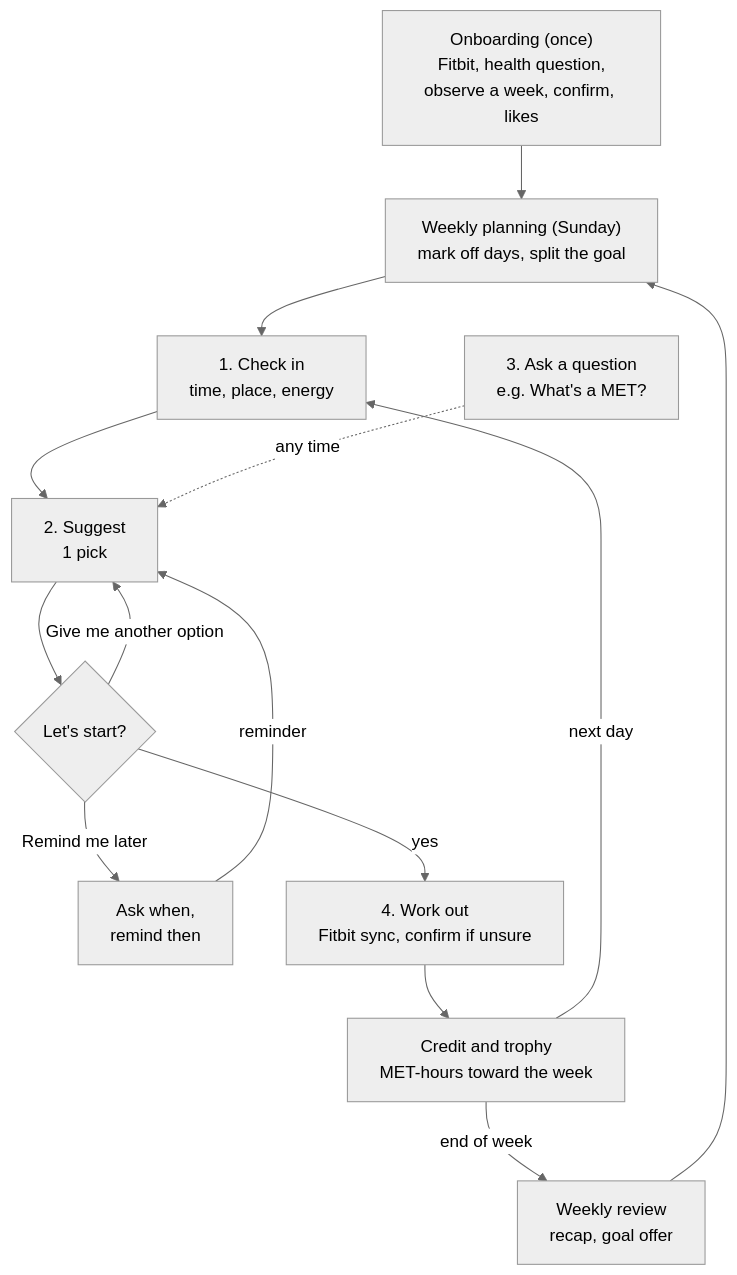
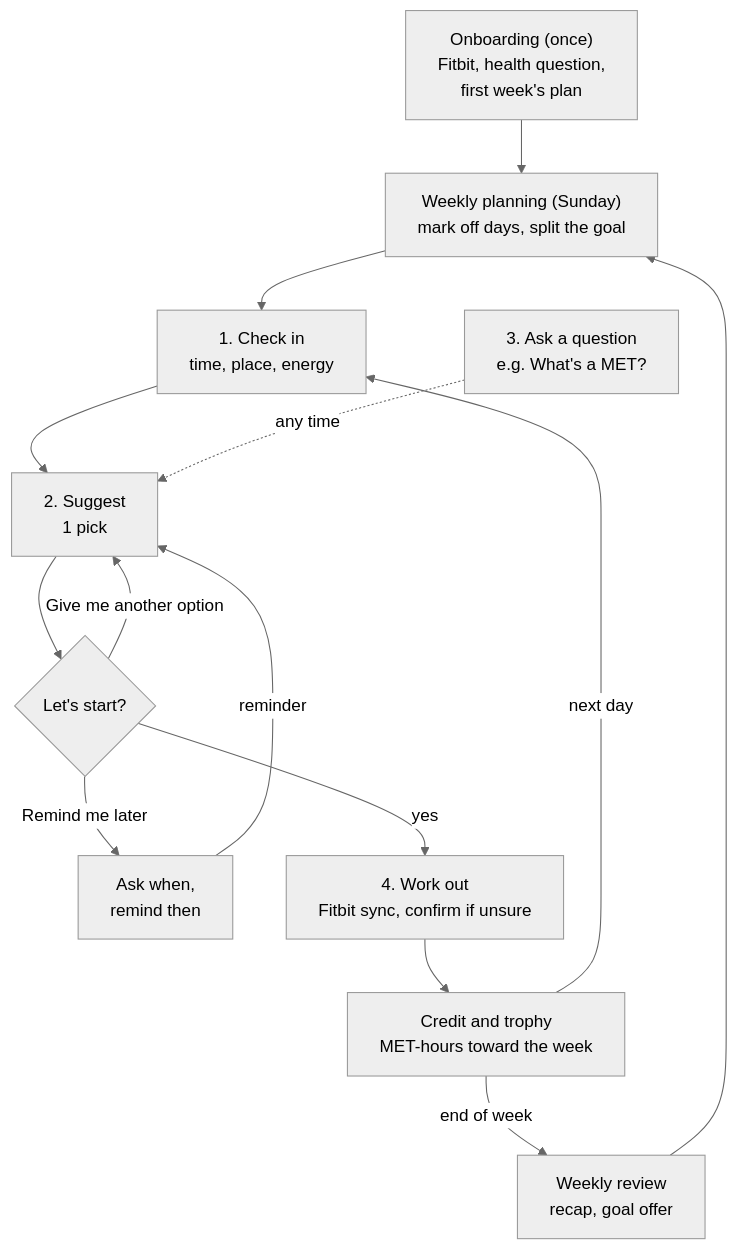
Before and after one commit to JarvisTseCA/personal-health-agent: the diagram in README.md, drawn with Mermaid (neutral theme). The commit also changed other lines of this file and 29 other files, not shown here.

````diff
--- a/README.md
+++ b/README.md
@@ -465,16 +487,16 @@
 ```mermaid
 flowchart TD
-    A["Onboarding (once)<br/>Fitbit, health question,<br/>observe a week, confirm, likes"] --> B["Weekly planning (Sunday)<br/>mark off days, split the goal"]
+    A["Onboarding (once)<br/>Fitbit, health question,<br/>first week's plan"] --> B["Weekly planning (Sunday)<br/>mark off days, split the goal"]
     B --> C["1. Check in<br/>time, place, energy"]
     C --> D["2. Suggest<br/>1 pick"]
     D --> E{Let's start?}
     E -- "Give me another option" --> D
     E -- "Remind me later" --> F["Ask when,<br/>remind then"]
     F -- "reminder" --> D
     Q["3. Ask a question<br/>e.g. What's a MET?"] -. "any time" .-> D
     E -- yes --> G["4. Work out<br/>Fitbit sync, confirm if unsure"]
     G --> H["Credit and trophy<br/>MET-hours toward the week"]
     H -- "next day" --> C
     H -- "end of week" --> R["Weekly review<br/>recap, goal offer"]
     R --> B
 ```
````
